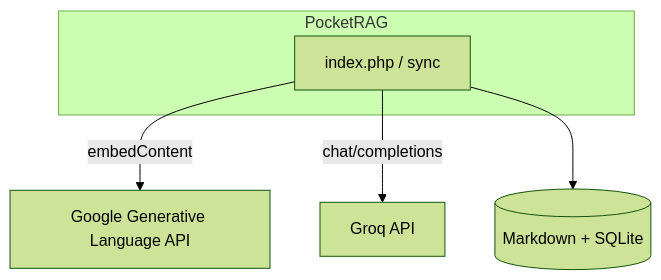
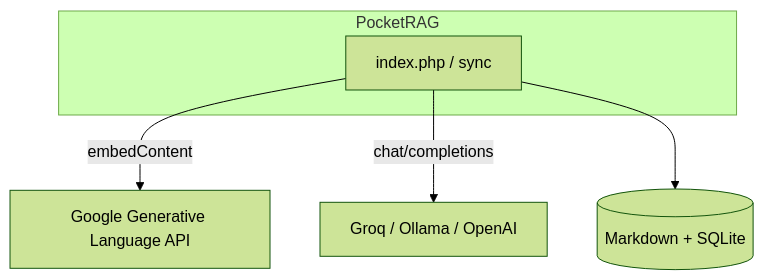
One commit to devalexanderdaza/PocketRAG changed the diagram in docs/components.md. Above: the diagram before and after it, drawn with Mermaid (forest theme). The commit also changed other lines of this file and 2 other files, not shown here.

Commit message:
docs: align reformulation references with configured LLM provider

````diff
--- a/docs/components.md
+++ b/docs/components.md
@@ -61,9 +61,9 @@
 ```mermaid
 flowchart TB
   subgraph PocketRAG
     Index[index.php / sync]
   end
   Index -->|embedContent| Gemini[Google Generative Language API]
-  Index -->|chat/completions| Groq[Groq API]
+  Index -->|chat/completions| LLM[Groq / Ollama / OpenAI]
   Index --> FS[(Markdown + SQLite)]
 ```
````
